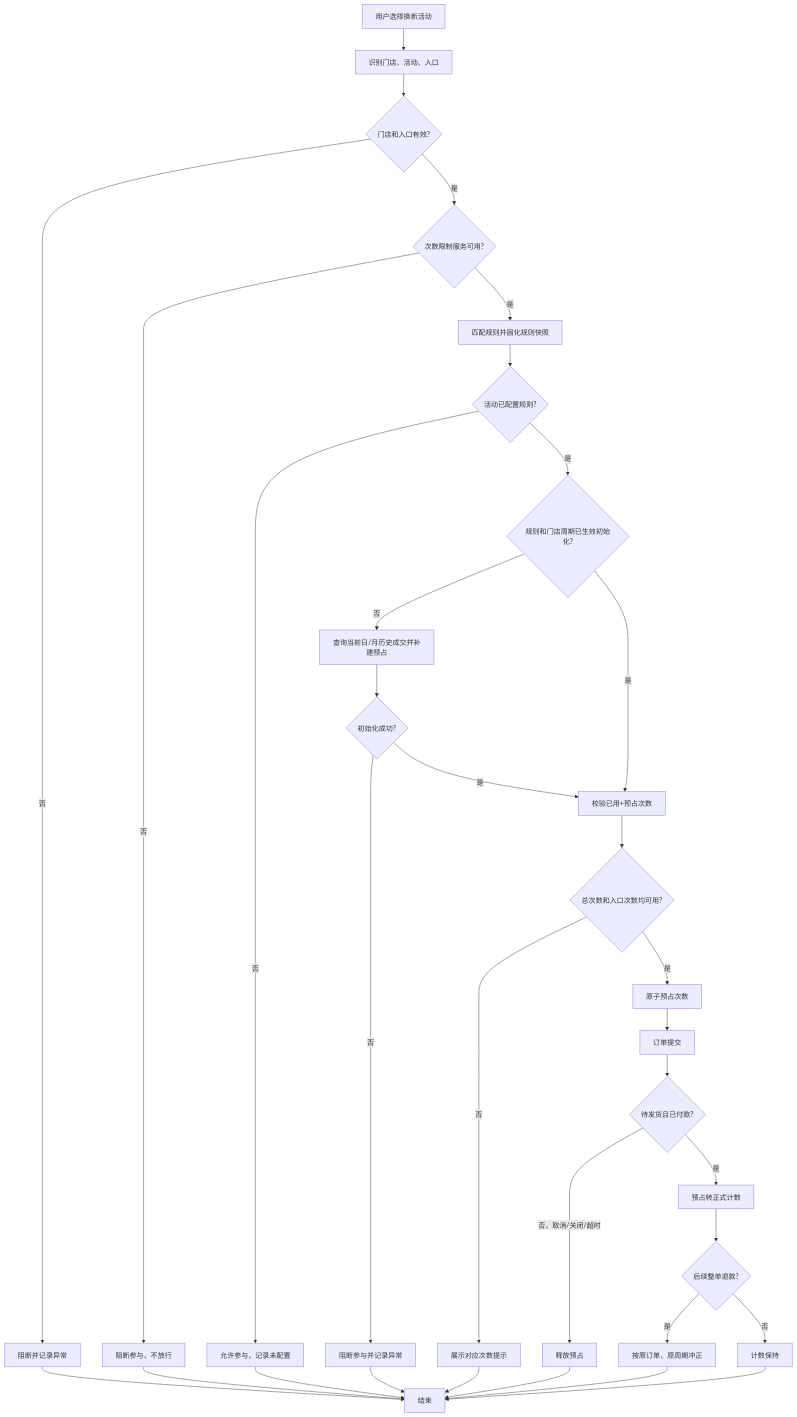
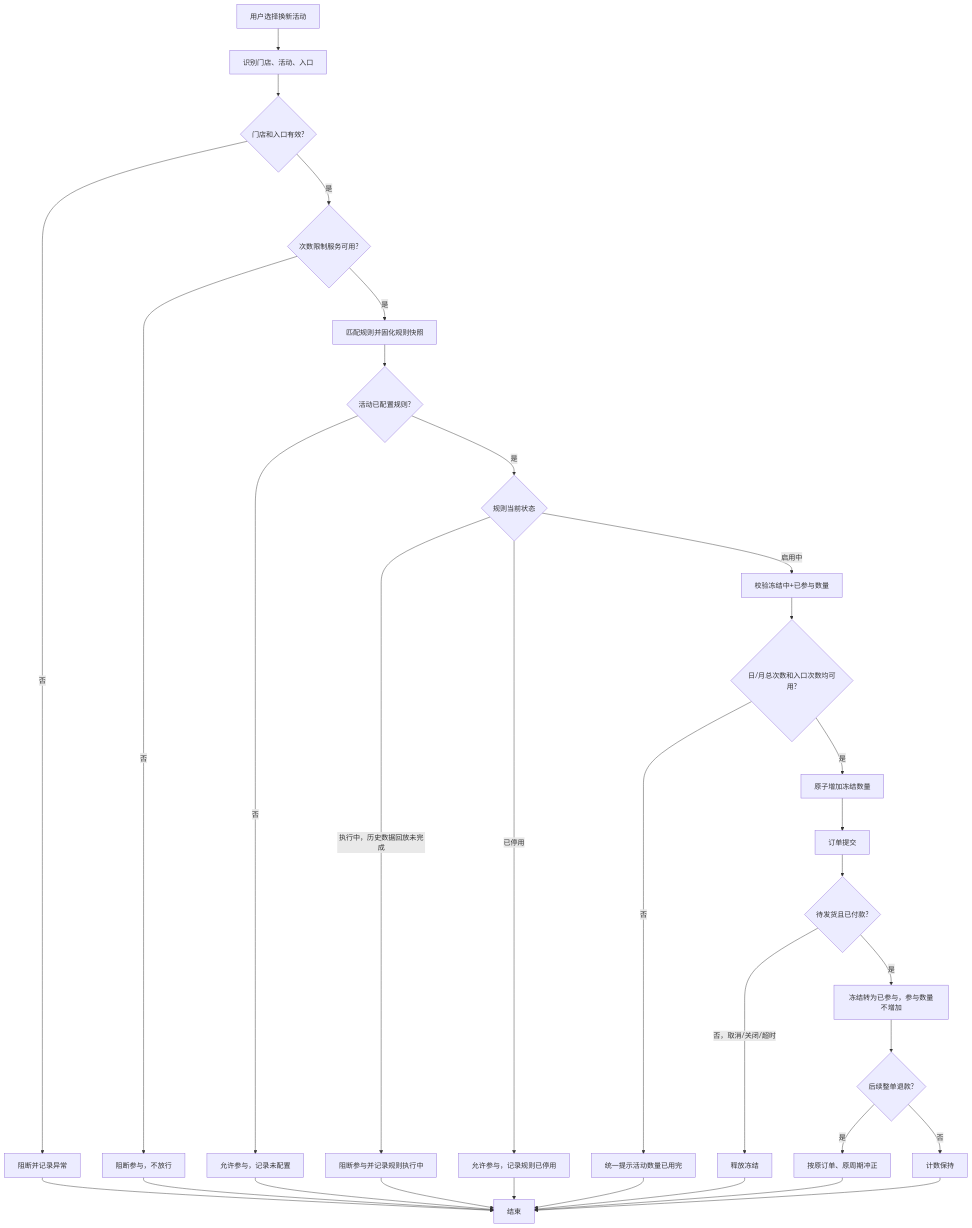
One commit to HBicon/renewal-activity-quota-review changed the diagram in prd.md. Above: the diagram before and after it, drawn with Mermaid. The commit also changed other lines of this file and 7 other files, not shown here.

````diff
--- a/prd.md
+++ b/prd.md
@@ -455,35 +518,34 @@
 ```mermaid
 flowchart TD
     A[用户选择换新活动] --> B[识别门店、活动、入口]
     B --> C{门店和入口有效?}
     C -- 否 --> C1[阻断并记录异常]
     C -- 是 --> D{次数限制服务可用?}
     D -- 否 --> D1[阻断参与，不放行]
     D -- 是 --> E[匹配规则并固化规则快照]
     E --> F{活动已配置规则?}
     F -- 否 --> F1[允许参与，记录未配置]
-    F -- 是 --> F2{规则和门店周期已生效初始化?}
-    F2 -- 否 --> F3[查询当前日/月历史成交并补建预占]
-    F3 --> F4{初始化成功?}
-    F4 -- 否 --> F5[阻断参与并记录异常]
-    F4 -- 是 --> G[校验已用+预占次数]
-    F2 -- 是 --> G
-    G --> H{总次数和入口次数均可用?}
-    H -- 否 --> H1[展示对应次数提示]
-    H -- 是 --> I[原子预占次数]
+    F -- 是 --> F0{规则当前状态}
+    F0 -- 执行中，历史数据回放未完成 --> F5[阻断参与并记录规则执行中]
+    F0 -- 已停用 --> F1A[允许参与，记录规则已停用]
+    F0 -- 启用中 --> G[校验冻结中+已参与数量]
+    G --> H{日/月总次数和入口次数均可用?}
+    H -- 否 --> H1[统一提示活动数量已用完]
+    H -- 是 --> I[原子增加冻结数量]
     I --> J[订单提交]
     J --> K{待发货且已付款?}
-    K -- 否，取消/关闭/超时 --> L[释放预占]
-    K -- 是 --> M[预占转正式计数]
+    K -- 否，取消/关闭/超时 --> L[释放冻结]
+    K -- 是 --> M[冻结转为已参与，参与数量不增加]
     M --> N{后续整单退款?}
     N -- 是 --> O[按原订单、原周期冲正]
     N -- 否 --> P[计数保持]
     L --> Q[结束]
     H1 --> Q
     C1 --> Q
     F1 --> Q
+    F1A --> Q
     F5 --> Q
     D1 --> Q
     O --> Q
     P --> Q
 ```
````
